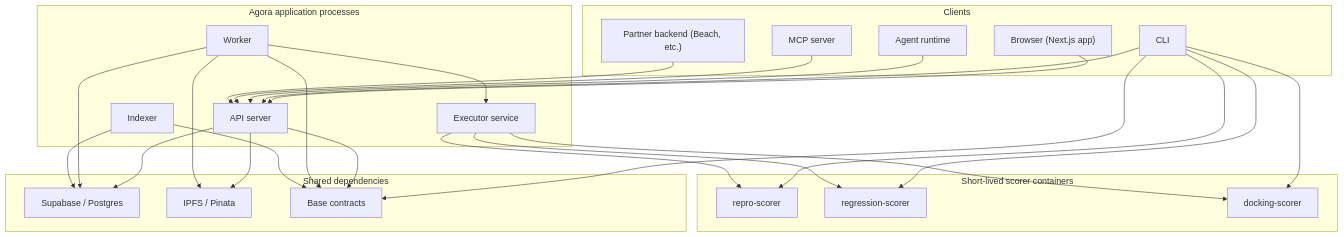
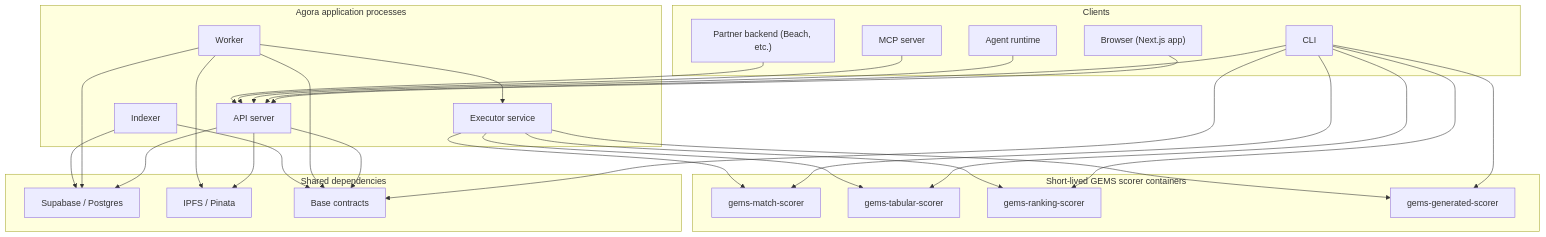
One commit to andymolecule/Agora changed the second of 9 diagrams in docs/system-anatomy.md. Above: the diagram before and after it, drawn with Mermaid. The commit also changed other lines of this file and 152 other files, not shown here.

````diff
--- a/docs/system-anatomy.md
+++ b/docs/system-anatomy.md
@@ -75,54 +75,57 @@
 ```mermaid
 flowchart TB
     subgraph Clients
         Browser["Browser (Next.js app)"]
         CLI["CLI"]
         Agent["Agent runtime"]
         MCP["MCP server"]
         Partner["Partner backend (Beach, etc.)"]
     end
 
     subgraph App["Agora application processes"]
         API["API server"]
         Worker["Worker"]
         Indexer["Indexer"]
         Exec["Executor service"]
     end
 
     subgraph Data["Shared dependencies"]
         DB["Supabase / Postgres"]
         IPFS["IPFS / Pinata"]
         Base["Base contracts"]
     end
 
-    subgraph Containers["Short-lived scorer containers"]
-        Repro["repro-scorer"]
-        Regr["regression-scorer"]
-        Dock["docking-scorer"]
+    subgraph Containers["Short-lived GEMS scorer containers"]
+        Repro["gems-match-scorer"]
+        Regr["gems-tabular-scorer"]
+        Dock["gems-ranking-scorer"]
+        Generated["gems-generated-scorer"]
     end
 
     Browser --> API
     CLI --> API
     CLI --> Base
     CLI --> Repro
     CLI --> Regr
     CLI --> Dock
+    CLI --> Generated
     Agent --> API
     MCP --> API
     Partner --> API
 
     API --> DB
     API --> Base
     API --> IPFS
 
     Worker --> DB
     Worker --> Base
     Worker --> IPFS
     Worker --> Exec
 
     Indexer --> Base
     Indexer --> DB
     Exec --> Repro
     Exec --> Regr
     Exec --> Dock
+    Exec --> Generated
 ```
````
